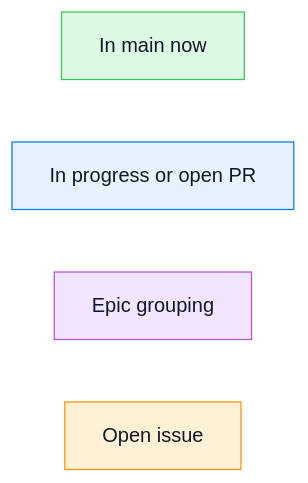
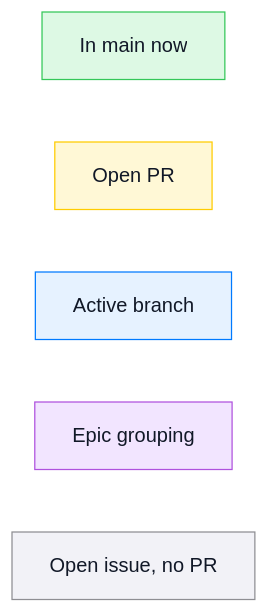
One commit to TileDown/tile-down changed the first of 9 diagrams in README.md. Above: the diagram before and after it, drawn with Mermaid. The commit also changed other lines of this file, not shown here.

Commit message:
docs(readme): distinguish review roadmap state

````diff
--- a/README.md
+++ b/README.md
@@ -53,12 +54,14 @@
 ```mermaid
 flowchart LR
   Done["In main now"]:::done
-  Active["In progress or open PR"]:::active
+  Review["Open PR"]:::review
+  Active["Active branch"]:::active
   Epic["Epic grouping"]:::epic
-  Todo["Open issue"]:::todo
+  Todo["Open issue, no PR"]:::todo
 
   classDef done fill:#ddf9e4,stroke:#34c759,color:#111827
+  classDef review fill:#fff8d6,stroke:#ffcc00,color:#111827
   classDef active fill:#e6f2ff,stroke:#007aff,color:#111827
   classDef epic fill:#f2e5ff,stroke:#af52de,color:#111827
-  classDef todo fill:#fff1d6,stroke:#ff9500,color:#111827
+  classDef todo fill:#f2f2f7,stroke:#8e8e93,color:#111827
 ```
````
